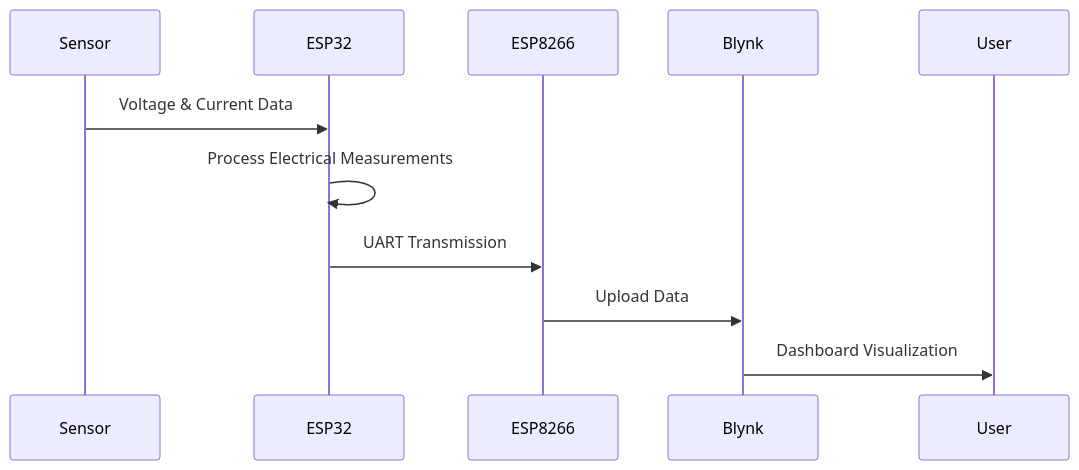
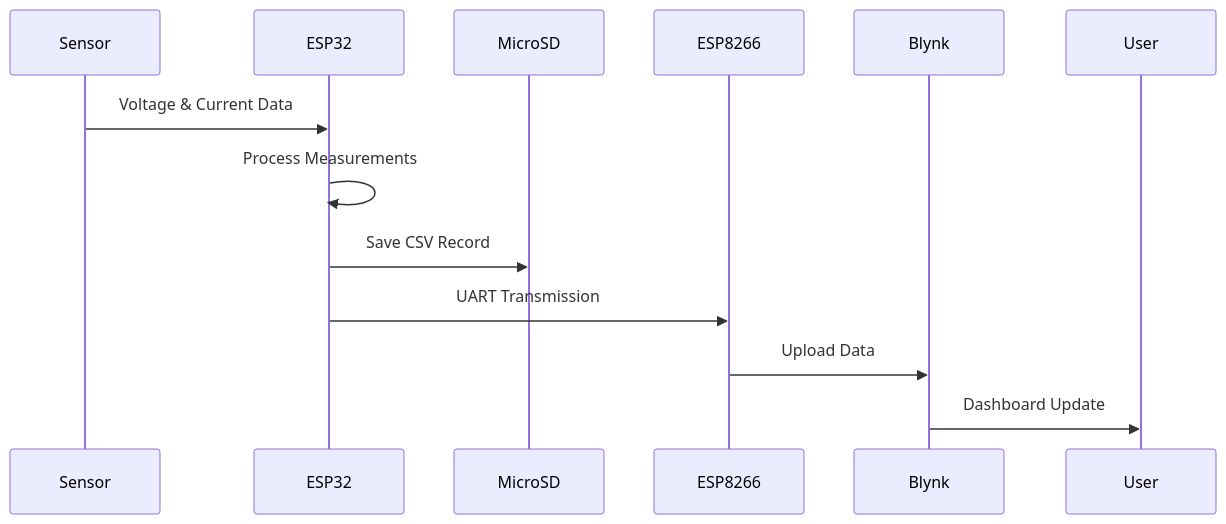
The third of 3 diagrams in README.md (Willowwilson78-hub/ESP32_Power_Monitor), drawn with Mermaid before and after one commit. The commit also changed other lines of this file, not shown here.

````diff
--- a/README.md
+++ b/README.md
@@ -94,15 +118,22 @@
 ```mermaid
 sequenceDiagram
 
 participant Sensor
 participant ESP32
+participant MicroSD
 participant ESP8266
 participant Blynk
 participant User
 
 Sensor->>ESP32: Voltage & Current Data
-ESP32->>ESP32: Process Electrical Measurements
+
+ESP32->>ESP32: Process Measurements
+
+ESP32->>MicroSD: Save CSV Record
+
 ESP32->>ESP8266: UART Transmission
+
 ESP8266->>Blynk: Upload Data
-Blynk->>User: Dashboard Visualization
+
+Blynk->>User: Dashboard Update
 ```
````
